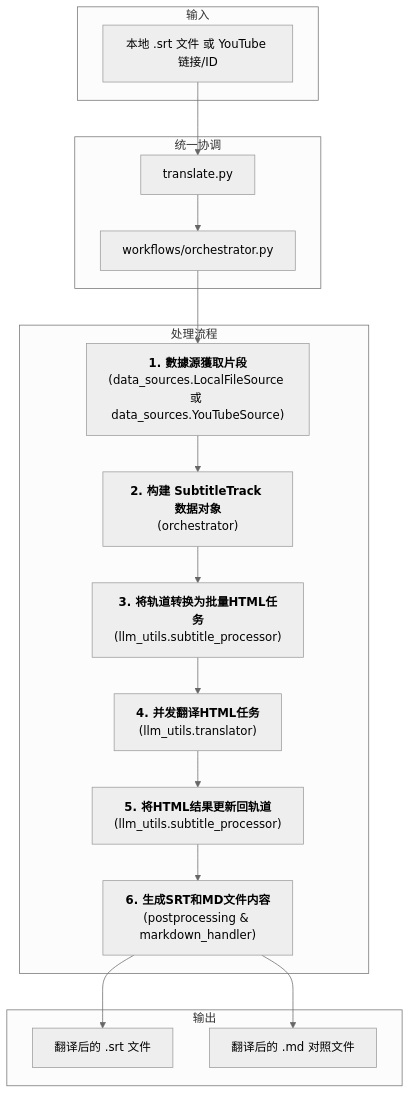
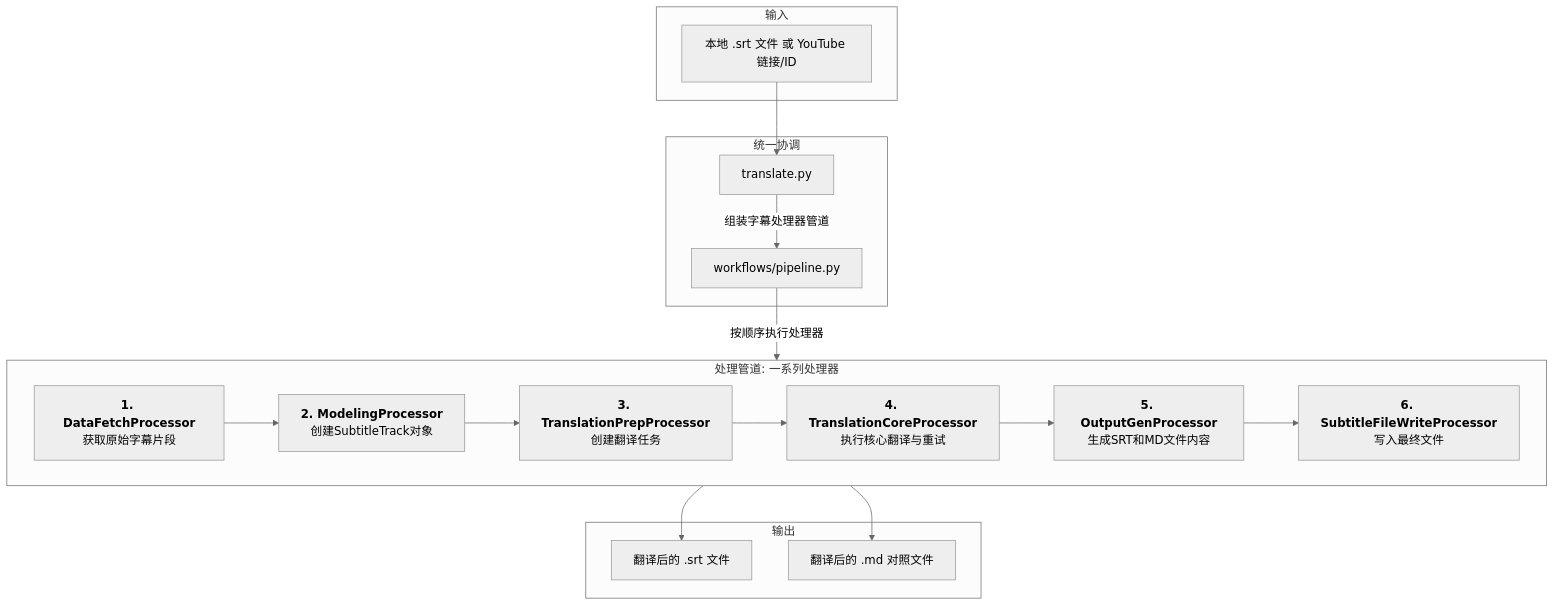
One commit to kuniyao/MultiMediaGenAI changed the second of 2 diagrams in README.md. Above: the diagram before and after it, drawn with Mermaid (neutral theme). The commit also changed other lines of this file and 22 other files, not shown here.

First line of the commit message:
本次提交对核心翻译工作流进行了重要的架构重构。旧的、硬编码的编排器模式 (Orchestrator) 已被一个更灵活、更可扩展的“管道-处理器” (Pipeline-Processor) 模式所取代。

````diff
--- a/README.md
+++ b/README.md
@@ -150,27 +133,31 @@
 ```mermaid
 graph TD;
     subgraph Input [输入]
         A[本地 .srt 文件 或 YouTube 链接/ID]
     end
 
     subgraph Orchestration [统一协调]
         O1[translate.py]
-        O2[workflows/orchestrator.py]
+        O2[workflows/pipeline.py]
     end
 
-    subgraph Processing [处理流程]
-        B["<b>1. 數據源獲取片段</b><br>(data_sources.LocalFileSource 或 data_sources.YouTubeSource)"]
-        C["<b>2. 构建 SubtitleTrack 数据对象</b><br>(orchestrator)"]
-        D["<b>3. 将轨道转换为批量HTML任务</b><br>(llm_utils.subtitle_processor)"]
-        E["<b>4. 并发翻译HTML任务</b><br>(llm_utils.translator)"]
-        F["<b>5. 将HTML结果更新回轨道</b><br>(llm_utils.subtitle_processor)"]
-        G["<b>6. 生成SRT和MD文件内容</b><br>(postprocessing & markdown_handler)"]
+    subgraph ProcessingPipeline [处理管道: 一系列处理器]
+        direction LR
+        S1["<b>1. DataFetchProcessor</b><br>获取原始字幕片段"]
+        S2["<b>2. ModelingProcessor</b><br>创建SubtitleTrack对象"]
+        S3["<b>3. TranslationPrepProcessor</b><br>创建翻译任务"]
+        S4["<b>4. TranslationCoreProcessor</b><br>执行核心翻译与重试"]
+        S5["<b>5. OutputGenProcessor</b><br>生成SRT和MD文件内容"]
+        S6["<b>6. SubtitleFileWriteProcessor</b><br>写入最终文件"]
     end
 
-    A --> O1 --> O2 --> B --> C --> D --> E --> F --> G;
     subgraph Output [输出]
         H1[翻译后的 .srt 文件]
         H2[翻译后的 .md 对照文件]
     end
-    G --> H1 & H2;
+    
+    A --> O1;
+    O1 -- "组装字幕处理器管道" --> O2;
+    O2 -- "按顺序执行处理器" --> S1 --> S2 --> S3 --> S4 --> S5 --> S6;
+    S6 --> H1 & H2;
 ```
````
